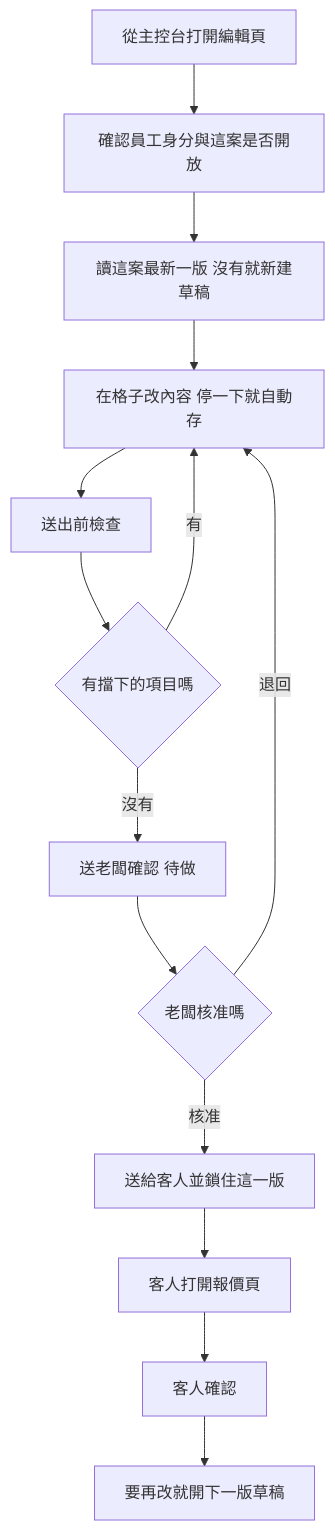
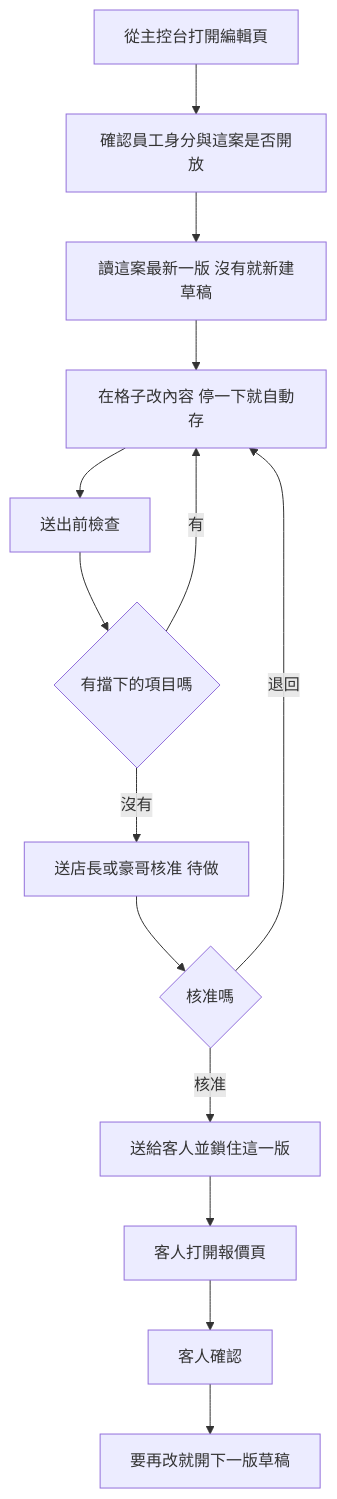
The second of 4 diagrams in docs/SPEC-報價系統.md (nephi4377/liff-checkin), drawn with Mermaid before and after one commit. The commit also changed other lines of this file, not shown here.

````diff
--- a/docs/SPEC-報價系統.md
+++ b/docs/SPEC-報價系統.md
@@ -282,16 +285,16 @@
 ```mermaid
 flowchart TD
   A[從主控台打開編輯頁] --> B[確認員工身分與這案是否開放]
   B --> C[讀這案最新一版 沒有就新建草稿]
   C --> D[在格子改內容 停一下就自動存]
   D --> E[送出前檢查]
   E --> F{有擋下的項目嗎}
   F -->|有| D
-  F -->|沒有| G[送老闆確認 待做]
-  G --> H{老闆核准嗎}
+  F -->|沒有| G[送店長或豪哥核准 待做]
+  G --> H{核准嗎}
   H -->|退回| D
   H -->|核准| I[送給客人並鎖住這一版]
   I --> J[客人打開報價頁]
   J --> K[客人確認]
   K --> L[要再改就開下一版草稿]
 ```
````
